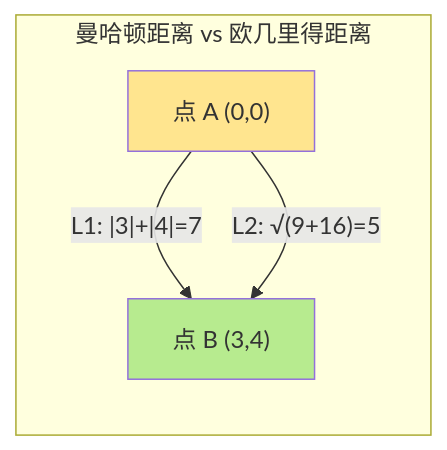
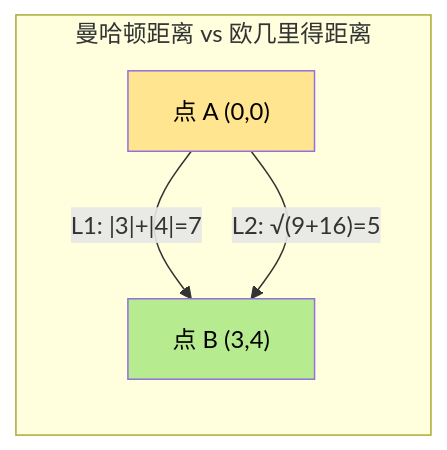
One commit to ThreeFish-AI/agentic-ai-cognizes changed diagram 32 of 42 in docs/research/003-vector-search-algorithm.md. Above: the diagram before and after it, drawn with Mermaid. The commit also changed other lines of this file, not shown here.

First line of the commit message:
docs(Research): 优化文档图表样式与可读性;

````diff
--- a/docs/research/003-vector-search-algorithm.md
+++ b/docs/research/003-vector-search-algorithm.md
@@ -1535,10 +1541,10 @@
 ```mermaid
 graph LR
     subgraph "曼哈顿距离 vs 欧几里得距离"
         A["点 A (0,0)"] --> |"L1: |3|+|4|=7"| B["点 B (3,4)"]
         A --> |"L2: √(9+16)=5"| B
     end
 
-    style A fill:#ffe58f
-    style B fill:#b7eb8f
+    style A fill:#ffe58f,color:#000000
+    style B fill:#b7eb8f,color:#000000
 ```
````
